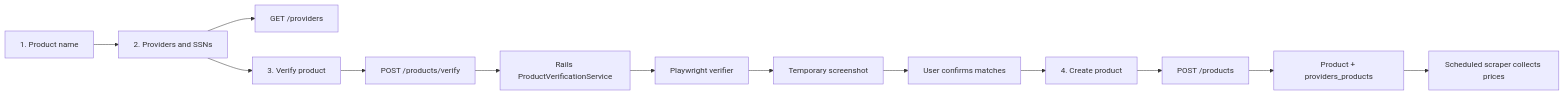
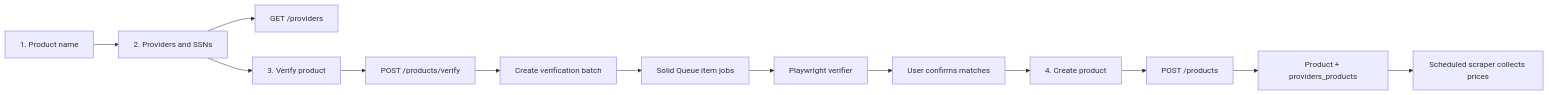
One commit to Enriquecava/Scoopy changed the diagram in docs/add-product-feature.md. Above: the diagram before and after it, drawn with Mermaid. The commit also changed other lines of this file and 18 other files, not shown here.

Commit message:
[#95] Feature: Implement product verification feature with batch processing and rate limiting

````diff
--- a/docs/add-product-feature.md
+++ b/docs/add-product-feature.md
@@ -9,15 +9,15 @@
 ```mermaid
 flowchart LR
     A[1. Product name] --> B[2. Providers and SSNs]
     B --> C[GET /providers]
     B --> D[3. Verify product]
     D --> E[POST /products/verify]
-    E --> F[Rails ProductVerificationService]
-    F --> G[Playwright verifier]
-    G --> H[Temporary screenshot]
+    E --> F[Create verification batch]
+    F --> G[Solid Queue item jobs]
+    G --> H[Playwright verifier]
     H --> I[User confirms matches]
     I --> J[4. Create product]
     J --> K[POST /products]
     K --> L[Product + providers_products]
     L --> M[Scheduled scraper collects prices]
 ```
````
